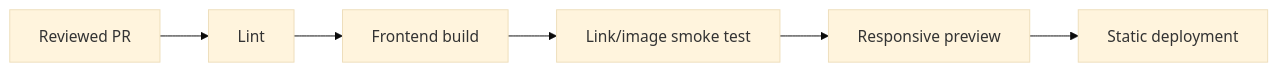
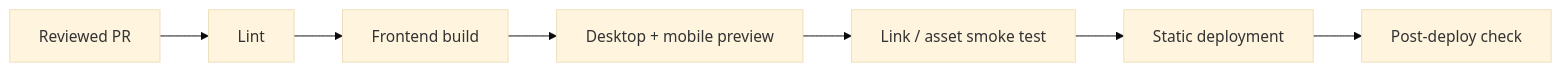
Before and after one commit to HidayahMF/Portofolio-2025: the fifth of 6 diagrams in docs/development-pipeline.md, drawn with Mermaid (base theme). The commit also changed other lines of this file, not shown here.

````diff
--- a/docs/development-pipeline.md
+++ b/docs/development-pipeline.md
@@ -98,8 +122,9 @@
 ```mermaid
 flowchart LR
     PR[Reviewed PR] --> LINT[Lint]
     LINT --> BUILD[Frontend build]
-    BUILD --> LINKS[Link/image smoke test]
-    LINKS --> RESPONSIVE[Responsive preview]
-    RESPONSIVE --> DEPLOY[Static deployment]
+    BUILD --> PREVIEW[Desktop + mobile preview]
+    PREVIEW --> LINKS[Link / asset smoke test]
+    LINKS --> DEPLOY[Static deployment]
+    DEPLOY --> CHECK[Post-deploy check]
 ```
````
